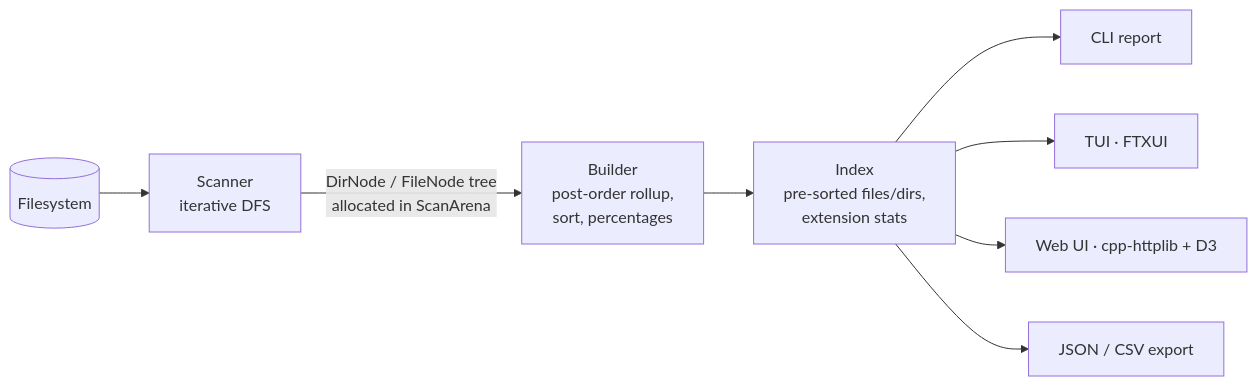
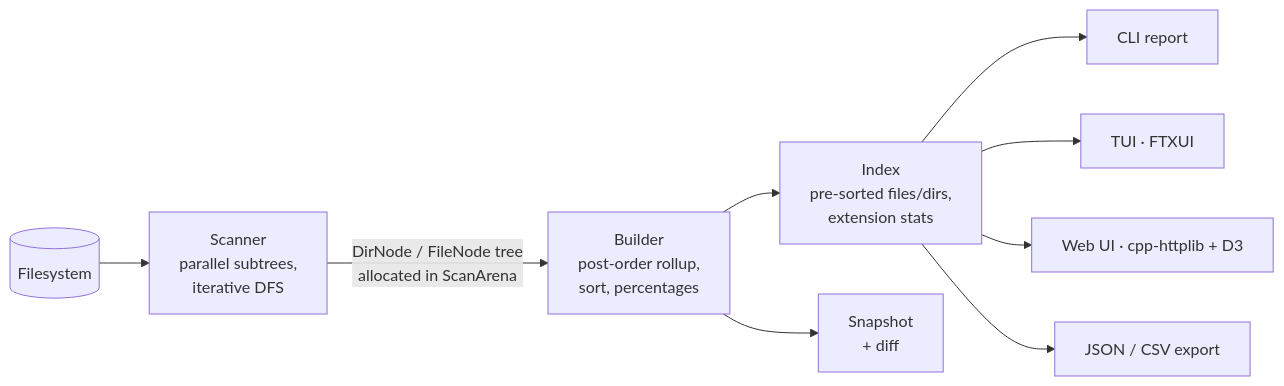
One commit to siddharthpaul2005/DiskTree changed the diagram in README.md. Above: the diagram before and after it, drawn with Mermaid. The commit also changed other lines of this file and 39 other files, not shown here.

````diff
--- a/README.md
+++ b/README.md
@@ -106,10 +182,11 @@
 ```mermaid
 flowchart LR
-    FS[(Filesystem)] --> S[Scanner<br/>iterative DFS]
+    FS[(Filesystem)] --> S[Scanner<br/>parallel subtrees,<br/>iterative DFS]
     S -->|DirNode / FileNode tree<br/>allocated in ScanArena| B[Builder<br/>post-order rollup,<br/>sort, percentages]
     B --> I[Index<br/>pre-sorted files/dirs,<br/>extension stats]
+    B --> SN[Snapshot<br/>+ diff]
     I --> CLI[CLI report]
     I --> TUI[TUI · FTXUI]
     I --> WEB[Web UI · cpp-httplib + D3]
     I --> EXP[JSON / CSV export]
 ```
````
